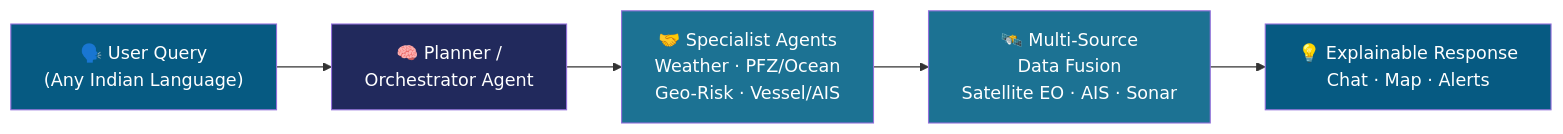
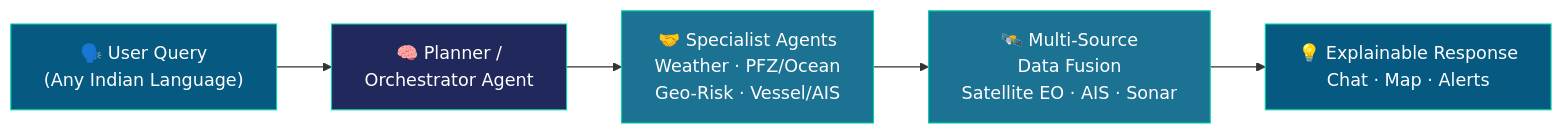
Before and after one commit to Godson-82/BlueCurrent: the diagram in README.md, drawn with Mermaid. The commit also changed other lines of this file and 2 other files, not shown here.

````diff
--- a/README.md
+++ b/README.md
@@ -33,13 +61,13 @@
 ```mermaid
 flowchart LR
     A["🗣️ User Query<br/>(Any Indian Language)"] --> B["🧠 Planner /<br/>Orchestrator Agent"]
     B --> C["🤝 Specialist Agents<br/>Weather · PFZ/Ocean<br/>Geo-Risk · Vessel/AIS"]
     C --> D["🛰️ Multi-Source<br/>Data Fusion<br/>Satellite EO · AIS · Sonar"]
     D --> E["💡 Explainable Response<br/>Chat · Map · Alerts"]
 
-    style A fill:#065A82,color:#fff
-    style B fill:#21295C,color:#fff
-    style C fill:#1C7293,color:#fff
-    style D fill:#1C7293,color:#fff
-    style E fill:#065A82,color:#fff
+    style A fill:#065A82,color:#fff,stroke:#00d4aa,stroke-width:1px
+    style B fill:#21295C,color:#fff,stroke:#00d4aa,stroke-width:1px
+    style C fill:#1C7293,color:#fff,stroke:#00d4aa,stroke-width:1px
+    style D fill:#1C7293,color:#fff,stroke:#00d4aa,stroke-width:1px
+    style E fill:#065A82,color:#fff,stroke:#00d4aa,stroke-width:1px
 ```
````
